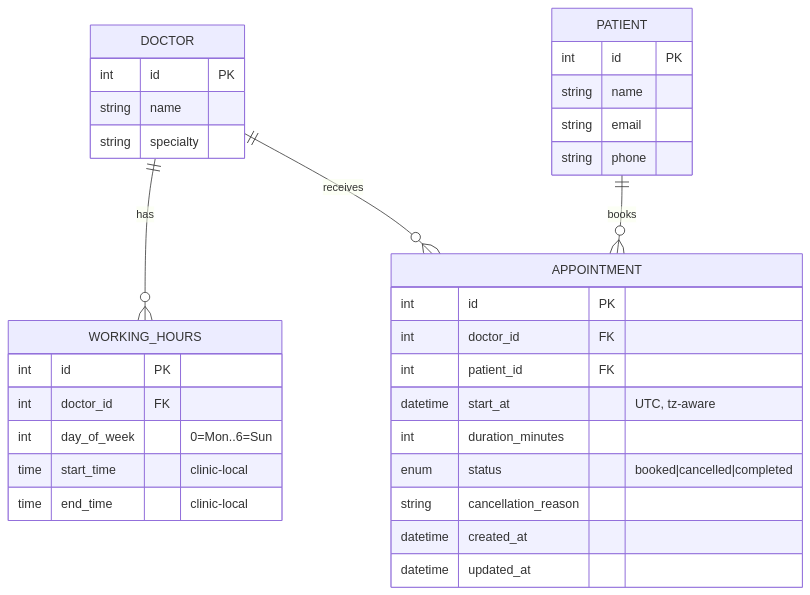
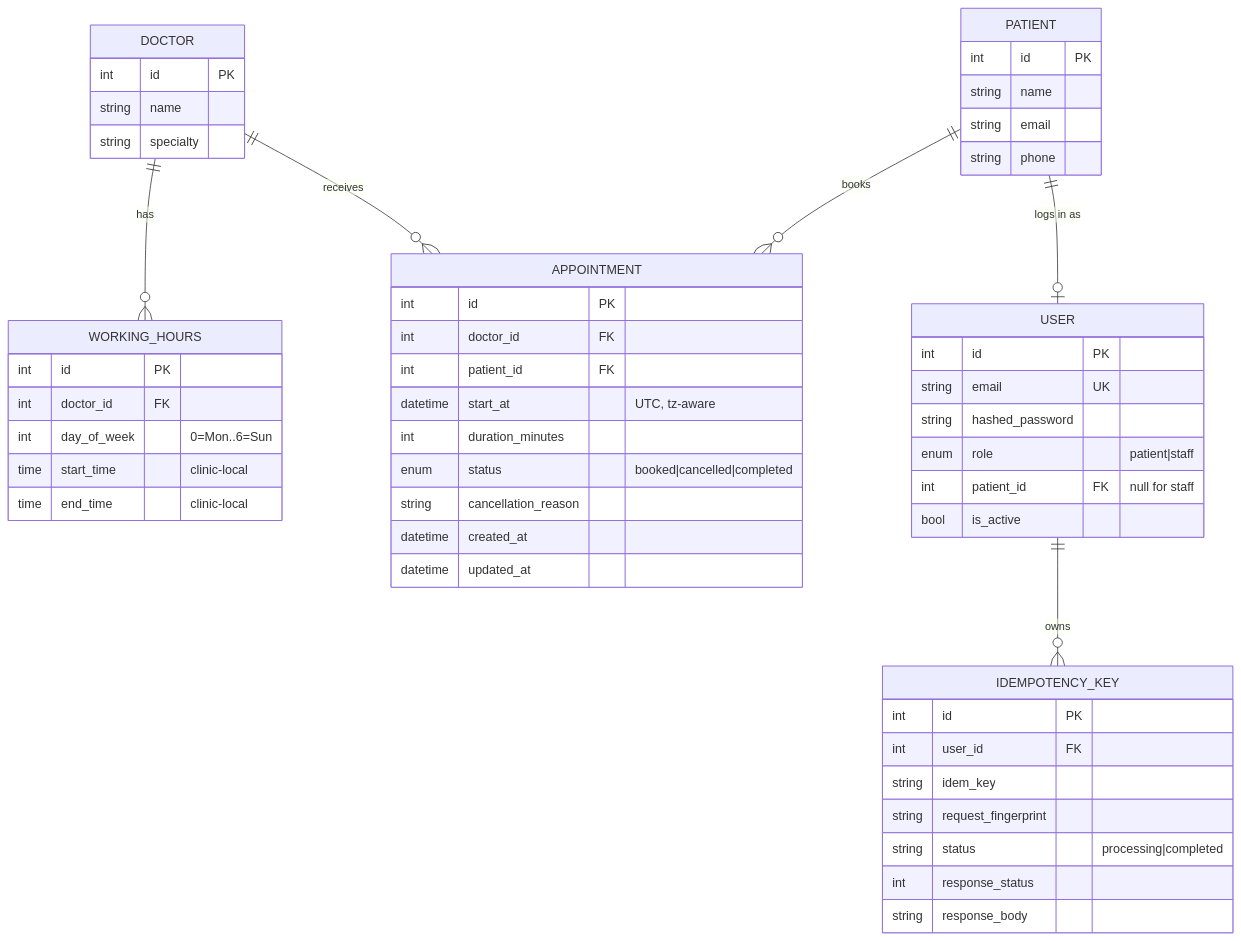
Before and after one commit to Equivocal-Richie/clinic-booking: the diagram in README.md, drawn with Mermaid. The commit also changed other lines of this file and 28 other files, not shown here.

````diff
--- a/README.md
+++ b/README.md
@@ -53,36 +62,55 @@
 ```mermaid
 erDiagram
     DOCTOR ||--o{ WORKING_HOURS : has
     DOCTOR ||--o{ APPOINTMENT : receives
     PATIENT ||--o{ APPOINTMENT : books
+    PATIENT ||--o| USER : "logs in as"
+    USER ||--o{ IDEMPOTENCY_KEY : owns
 
+    USER {
+      int id PK
+      string email UK
+      string hashed_password
+      enum role "patient|staff"
+      int patient_id FK "null for staff"
+      bool is_active
+    }
+    IDEMPOTENCY_KEY {
+      int id PK
+      int user_id FK
+      string idem_key
+      string request_fingerprint
+      string status "processing|completed"
+      int response_status
+      string response_body
+    }
     DOCTOR {
       int id PK
       string name
       string specialty
     }
     WORKING_HOURS {
       int id PK
       int doctor_id FK
       int day_of_week "0=Mon..6=Sun"
       time start_time "clinic-local"
       time end_time   "clinic-local"
     }
     PATIENT {
       int id PK
       string name
       string email
       string phone
     }
     APPOINTMENT {
       int id PK
       int doctor_id FK
       int patient_id FK
       datetime start_at "UTC, tz-aware"
       int duration_minutes
       enum status "booked|cancelled|completed"
       string cancellation_reason
       datetime created_at
       datetime updated_at
     }
 ```
````
